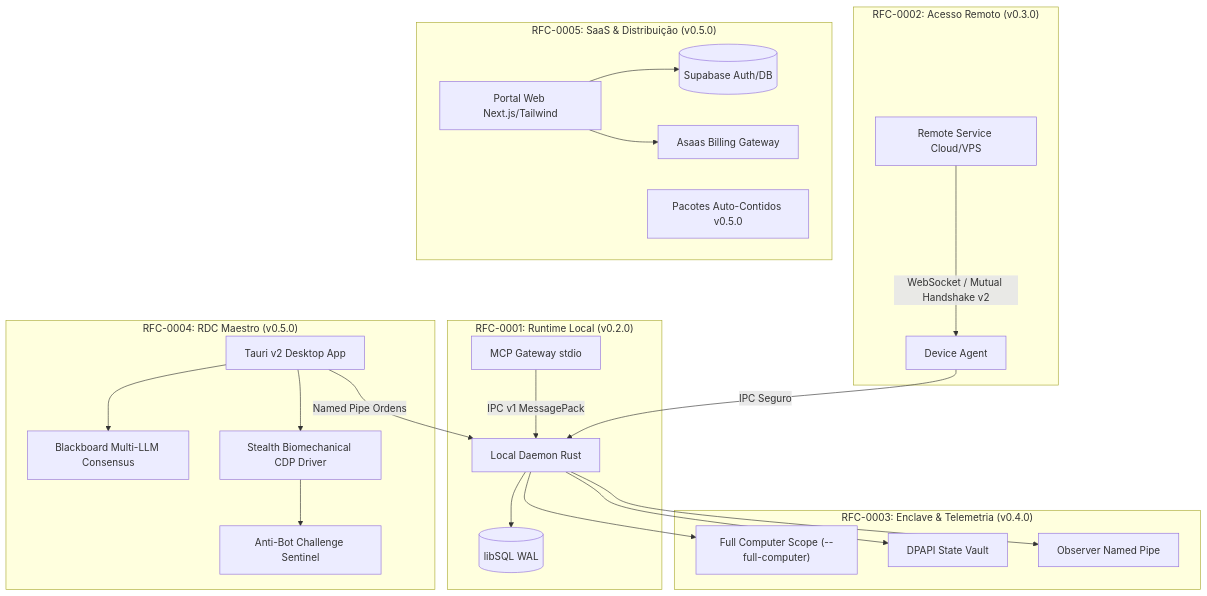
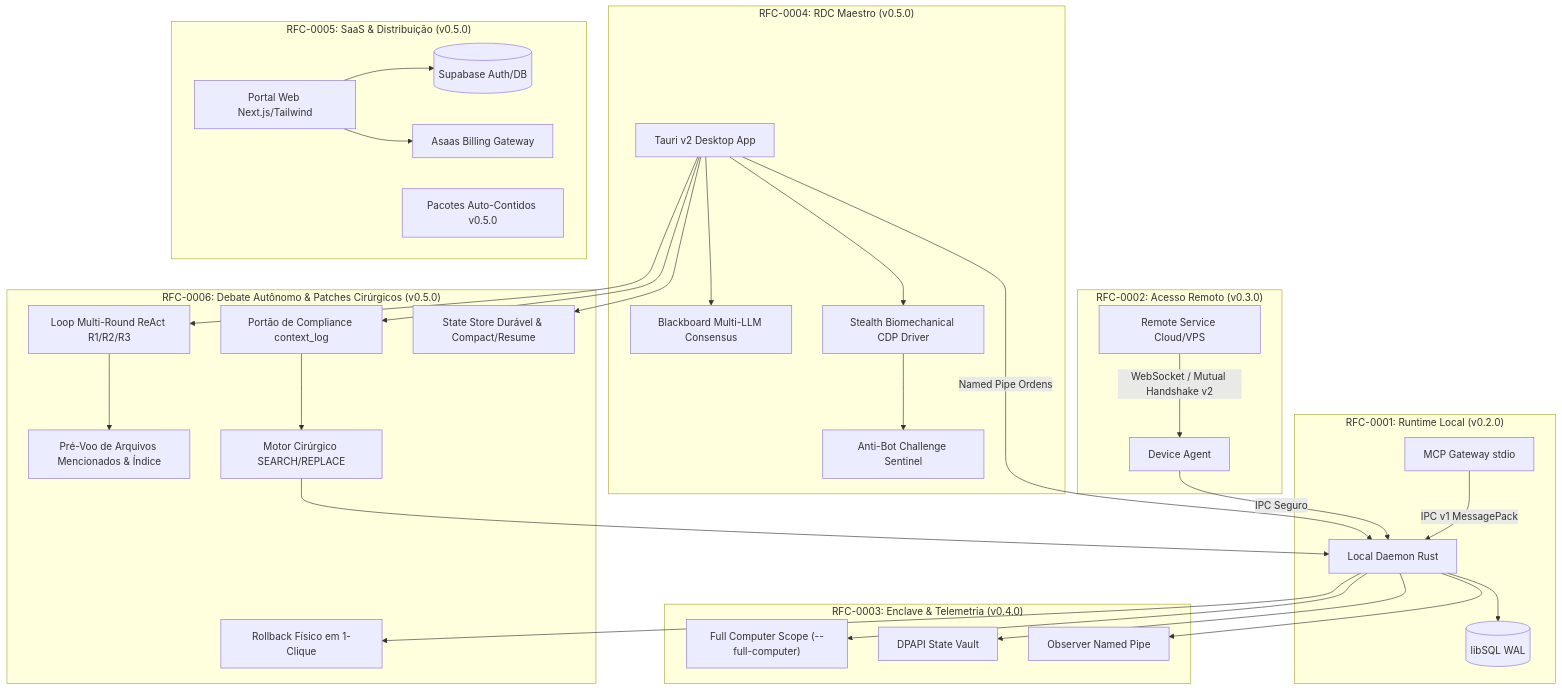
One commit to Remote-Desktop-Controller/remotecontroller changed the diagram in docs/rfcs/README.md. Above: the diagram before and after it, drawn with Mermaid. The commit also changed other lines of this file and 22 other files, not shown here.

````diff
--- a/docs/rfcs/README.md
+++ b/docs/rfcs/README.md
@@ -22,46 +23,62 @@
 ```mermaid
 flowchart TD
     subgraph RFC0001["RFC-0001: Runtime Local (v0.2.0)"]
         Daemon[Local Daemon Rust]
         Gateway[MCP Gateway stdio]
         LibSQL[(libSQL WAL)]
         Gateway -->|IPC v1 MessagePack| Daemon
         Daemon --> LibSQL
     end
 
     subgraph RFC0002["RFC-0002: Acesso Remoto (v0.3.0)"]
         RemoteSvc[Remote Service Cloud/VPS]
         Agent[Device Agent]
         RemoteSvc -->|WebSocket / Mutual Handshake v2| Agent
         Agent -->|IPC Seguro| Daemon
     end
 
     subgraph RFC0003["RFC-0003: Enclave & Telemetria (v0.4.0)"]
         FullComp["Full Computer Scope (--full-computer)"]
         Vault["DPAPI State Vault"]
         Telemetry["Observer Named Pipe"]
         Daemon --> FullComp
         Daemon --> Vault
         Daemon --> Telemetry
     end
 
     subgraph RFC0004["RFC-0004: RDC Maestro (v0.5.0)"]
         MaestroApp[Tauri v2 Desktop App]
         Blackboard[Blackboard Multi-LLM Consensus]
         StealthCDP[Stealth Biomechanical CDP Driver]
         Sentinel[Anti-Bot Challenge Sentinel]
         MaestroApp --> Blackboard
         MaestroApp --> StealthCDP
         StealthCDP --> Sentinel
         MaestroApp -->|Named Pipe Ordens| Daemon
     end
 
     subgraph RFC0005["RFC-0005: SaaS & Distribuição (v0.5.0)"]
         Portal[Portal Web Next.js/Tailwind]
         Supabase[(Supabase Auth/DB)]
         Asaas[Asaas Billing Gateway]
         DistPackage[Pacotes Auto-Contidos v0.5.0]
         Portal --> Supabase
         Portal --> Asaas
     end
+
+    subgraph RFC0006["RFC-0006: Debate Autônomo & Patches Cirúrgicos (v0.5.0)"]
+        ReActLoop[Loop Multi-Round ReAct R1/R2/R3]
+        Preflight[Pré-Voo de Arquivos Mencionados & Índice]
+        Surgical[Motor Cirúrgico SEARCH/REPLACE]
+        Compliance[Portão de Compliance context_log]
+        Rollback[Rollback Físico em 1-Clique]
+        StateStore[State Store Durável & Compact/Resume]
+        MaestroApp --> ReActLoop
+        ReActLoop --> Preflight
+        MaestroApp --> Compliance
+        Compliance --> Surgical
+        Surgical --> Daemon
+        Daemon --> Rollback
+        MaestroApp --> StateStore
+    end
 ```
````
